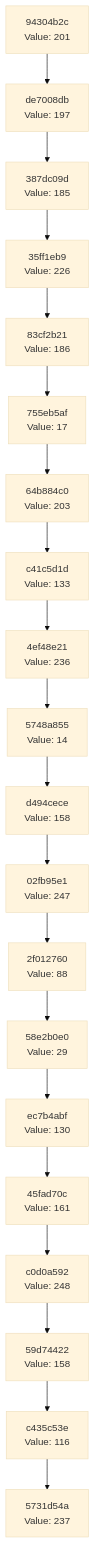
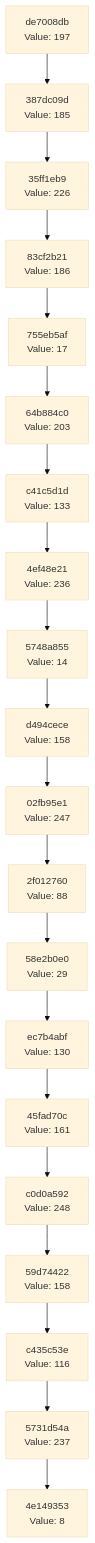
The diagram in docs/CHAIN_VISUALIZATION.md (Abhisheksinha1506/hash-chain-evolver), drawn with Mermaid (base theme) before and after one commit. The commit also changed 3 other files, not shown here.

````diff
--- a/docs/CHAIN_VISUALIZATION.md
+++ b/docs/CHAIN_VISUALIZATION.md
@@ -3,42 +3,42 @@
 ```mermaid
 graph TD
-    C0["5731d54a<br/>Value: 237"]
-    C1["c435c53e<br/>Value: 116"]
+    C0["4e149353<br/>Value: 8"]
+    C1["5731d54a<br/>Value: 237"]
     C1 --> C0
-    C2["59d74422<br/>Value: 158"]
+    C2["c435c53e<br/>Value: 116"]
     C2 --> C1
-    C3["c0d0a592<br/>Value: 248"]
+    C3["59d74422<br/>Value: 158"]
     C3 --> C2
-    C4["45fad70c<br/>Value: 161"]
+    C4["c0d0a592<br/>Value: 248"]
     C4 --> C3
-    C5["ec7b4abf<br/>Value: 130"]
+    C5["45fad70c<br/>Value: 161"]
     C5 --> C4
-    C6["58e2b0e0<br/>Value: 29"]
+    C6["ec7b4abf<br/>Value: 130"]
     C6 --> C5
-    C7["2f012760<br/>Value: 88"]
+    C7["58e2b0e0<br/>Value: 29"]
     C7 --> C6
-    C8["02fb95e1<br/>Value: 247"]
+    C8["2f012760<br/>Value: 88"]
     C8 --> C7
-    C9["d494cece<br/>Value: 158"]
+    C9["02fb95e1<br/>Value: 247"]
     C9 --> C8
-    C10["5748a855<br/>Value: 14"]
+    C10["d494cece<br/>Value: 158"]
     C10 --> C9
-    C11["4ef48e21<br/>Value: 236"]
+    C11["5748a855<br/>Value: 14"]
     C11 --> C10
-    C12["c41c5d1d<br/>Value: 133"]
+    C12["4ef48e21<br/>Value: 236"]
     C12 --> C11
-    C13["64b884c0<br/>Value: 203"]
+    C13["c41c5d1d<br/>Value: 133"]
     C13 --> C12
-    C14["755eb5af<br/>Value: 17"]
+    C14["64b884c0<br/>Value: 203"]
     C14 --> C13
-    C15["83cf2b21<br/>Value: 186"]
+    C15["755eb5af<br/>Value: 17"]
     C15 --> C14
-    C16["35ff1eb9<br/>Value: 226"]
+    C16["83cf2b21<br/>Value: 186"]
     C16 --> C15
-    C17["387dc09d<br/>Value: 185"]
+    C17["35ff1eb9<br/>Value: 226"]
     C17 --> C16
-    C18["de7008db<br/>Value: 197"]
+    C18["387dc09d<br/>Value: 185"]
     C18 --> C17
-    C19["94304b2c<br/>Value: 201"]
+    C19["de7008db<br/>Value: 197"]
     C19 --> C18
 ```
````
